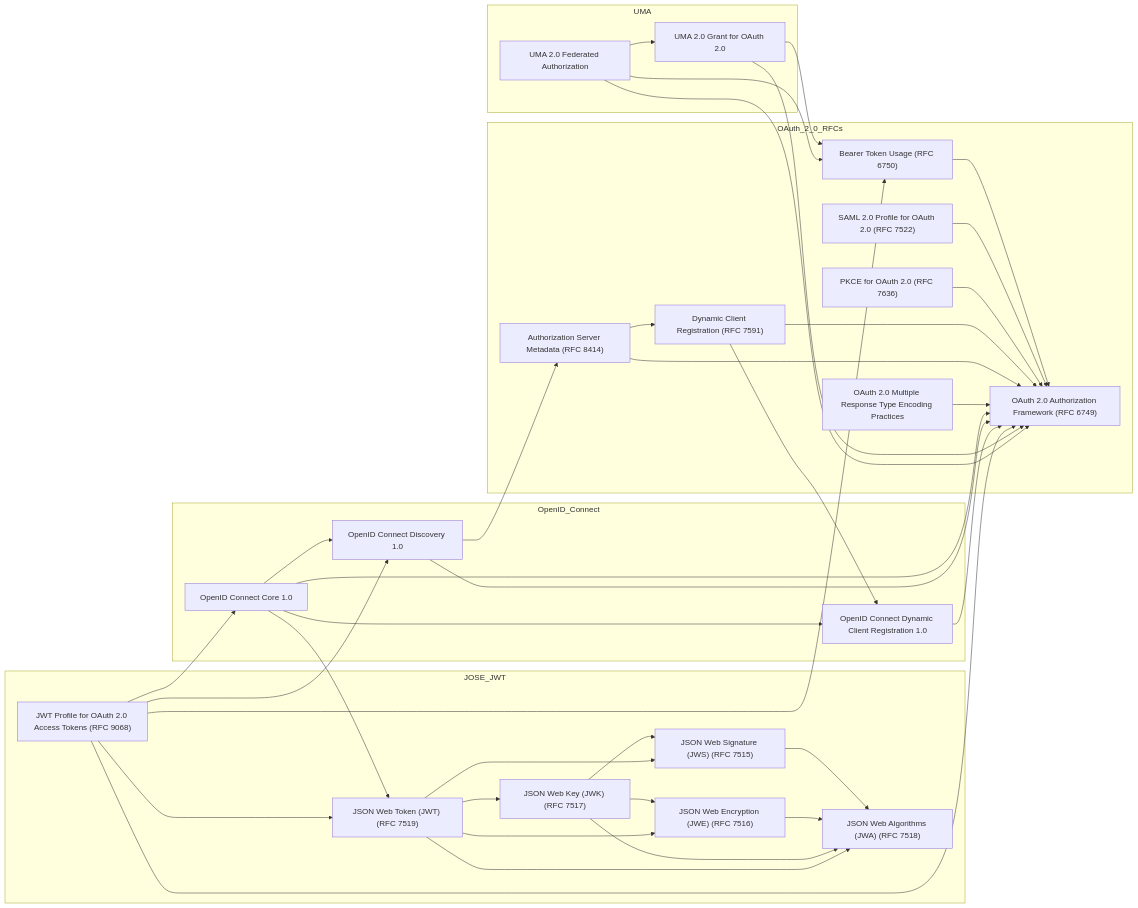
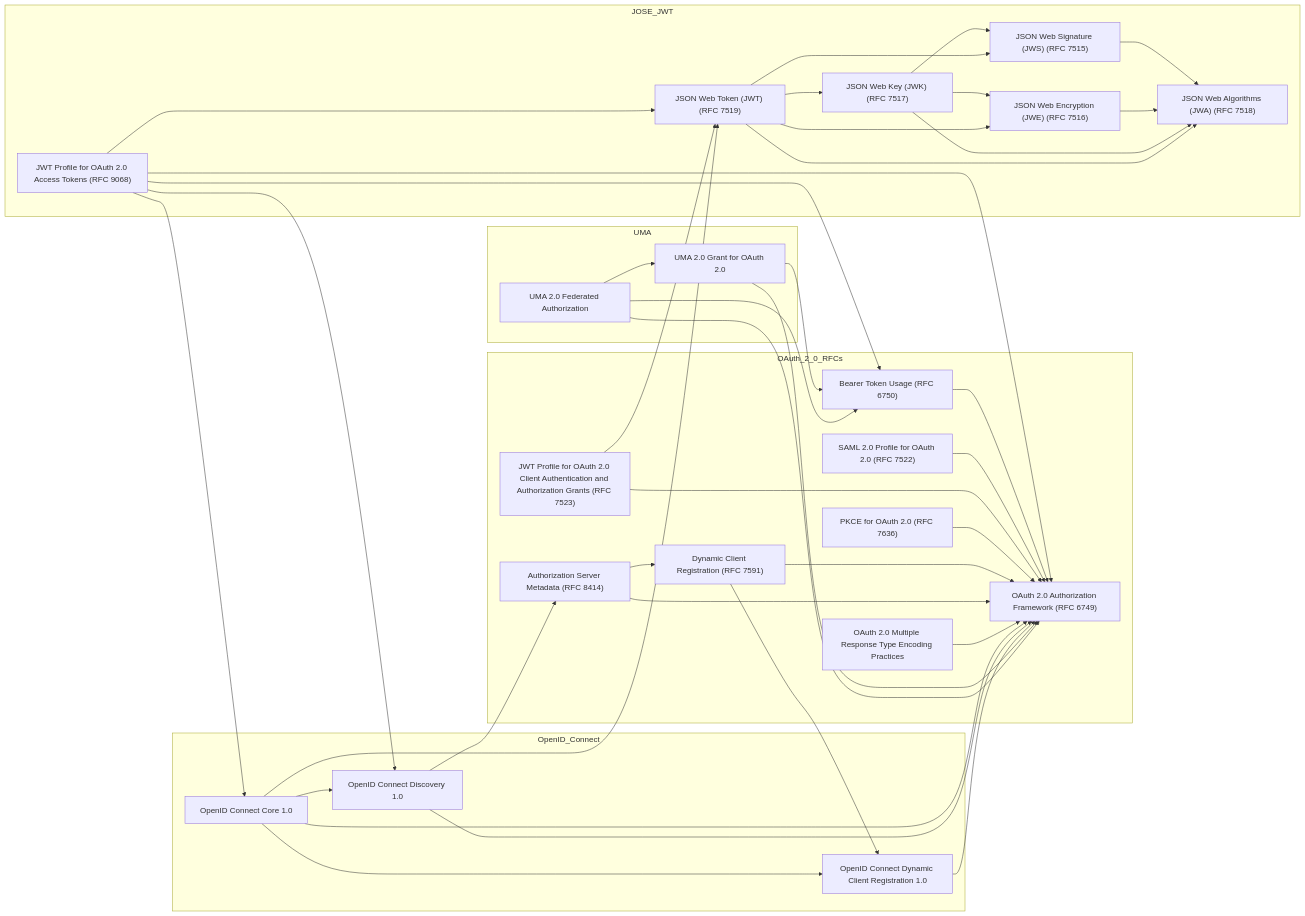
One commit to ryanspletzer/oidc-oauth-spec-graph changed the diagram in Graph.md. Above: the diagram before and after it, drawn with Mermaid. The commit also changed 1 other file, not shown here.

Commit message:
Adds RFC 7523 JWT profile for OAuth 2.0 authentication
Includes JWT Profile for OAuth 2.0 Client Authentication and Authorization Grants specification in the OAuth standards documentation graph.

Establishes relationships with core OAuth 2.0 framework and JWT standards to provide complete coverage of JWT-based authentication methods in OAuth flows.

```diff
--- a/Graph.md
+++ b/Graph.md
@@ -7,6 +7,7 @@
     RFC6749["OAuth 2.0 Authorization Framework (RFC 6749)"]
     RFC6750["Bearer Token Usage (RFC 6750)"]
     RFC7522["SAML 2.0 Profile for OAuth 2.0 (RFC 7522)"]
+    RFC7523["JWT Profile for OAuth 2.0 Client Authentication and Authorization Grants (RFC 7523)"]
     RFC7636["PKCE for OAuth 2.0 (RFC 7636)"]
     RFC7591["Dynamic Client Registration (RFC 7591)"]
     RFC8414["Authorization Server Metadata (RFC 8414)"]
@@ -39,6 +40,8 @@
   %% ---- Edges: OAuth 2.0 internal references ----
   RFC6750 --> RFC6749
   RFC7522 --> RFC6749
+  RFC7523 --> RFC6749
+  RFC7523 --> RFC7519
   RFC7636 --> RFC6749
   RFC7591 --> RFC6749
   RFC8414 --> RFC6749
@@ -91,6 +94,7 @@
   click RFC6749 "https://datatracker.ietf.org/doc/html/rfc6749" "OAuth 2.0 Authorization Framework (RFC 6749)"
   click RFC6750 "https://datatracker.ietf.org/doc/html/rfc6750" "Bearer Token Usage (RFC 6750)"
   click RFC7522 "https://datatracker.ietf.org/doc/html/rfc7522" "SAML 2.0 Profile for OAuth 2.0 (RFC 7522)"
+  click RFC7523 "https://datatracker.ietf.org/doc/html/rfc7523" "JWT Profile for OAuth 2.0 Client Authentication and Authorization Grants (RFC 7523)"
   click RFC7636 "https://datatracker.ietf.org/doc/html/rfc7636" "PKCE (RFC 7636)"
   click RFC7591 "https://datatracker.ietf.org/doc/html/rfc7591" "Dynamic Client Registration (RFC 7591)"
   click RFC8414 "https://datatracker.ietf.org/doc/html/rfc8414" "Authorization Server Metadata (RFC 8414)"
```
